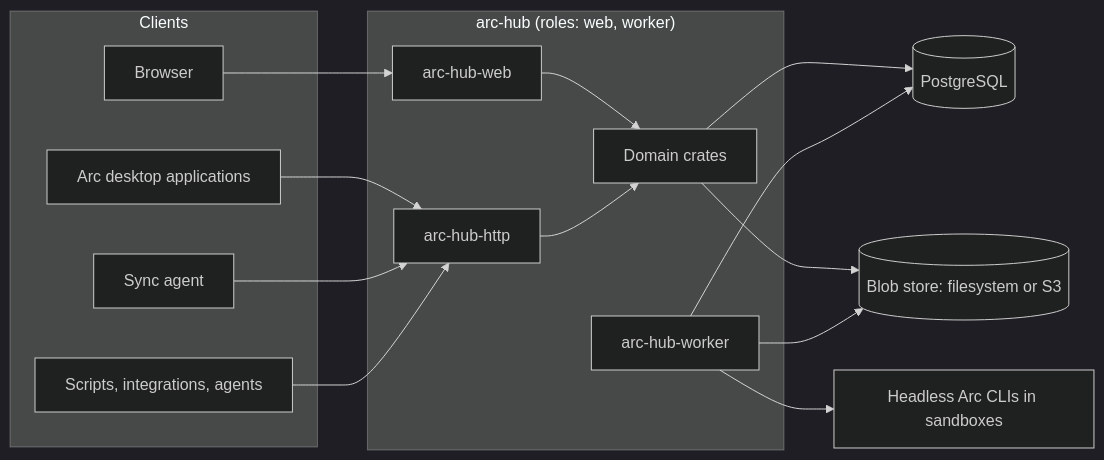
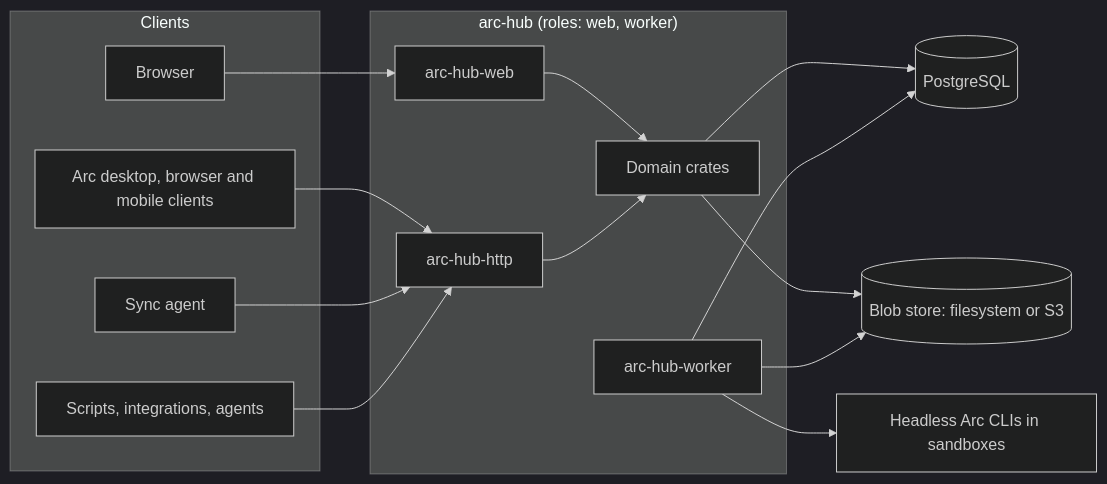
The first of 2 diagrams in docs/architecture/overview.md (ACKaraca/arc-hub), drawn with Mermaid (dark theme) before and after one commit. The commit also changed other lines of this file and 30 other files, not shown here.

````diff
--- a/docs/architecture/overview.md
+++ b/docs/architecture/overview.md
@@ -19,29 +21,29 @@
 ```mermaid
 flowchart LR
   subgraph Clients
     B[Browser]
-    A[Arc desktop applications]
+    A[Arc desktop, browser and mobile clients]
     S[Sync agent]
     X[Scripts, integrations, agents]
   end
   subgraph Server["arc-hub (roles: web, worker)"]
     W[arc-hub-web]
     H[arc-hub-http]
     D[Domain crates]
     K[arc-hub-worker]
   end
   P[(PostgreSQL)]
   O[(Blob store: filesystem or S3)]
   R[Headless Arc CLIs in sandboxes]
   B --> W
   A --> H
   S --> H
   X --> H
   W --> D
   H --> D
   D --> P
   D --> O
   K --> P
   K --> O
   K --> R
 ```
````
